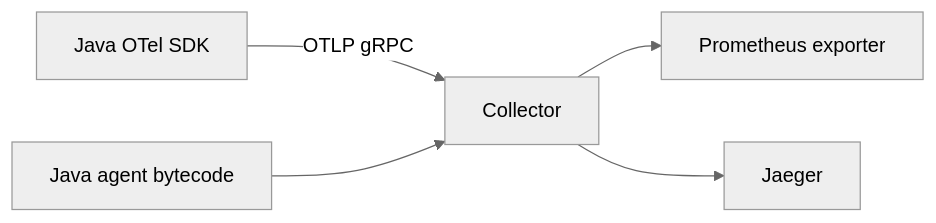
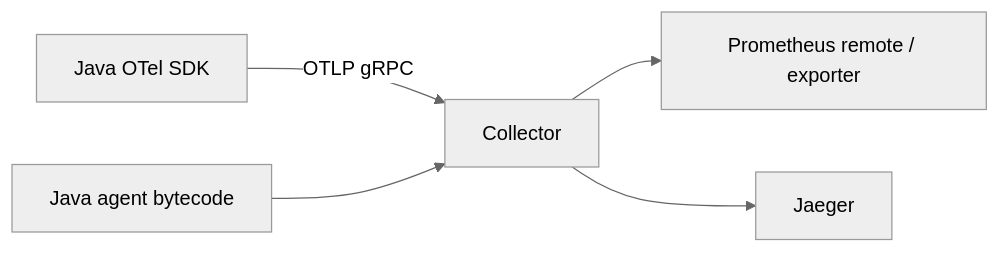
One commit to lostfromlight1/java-handbook changed the second of 3 diagrams in 47-observability-and-monitoring/02-opentelemetry-and-prometheus.md. Above: the diagram before and after it, drawn with Mermaid (neutral theme). The commit also changed other lines of this file and 3 other files, not shown here.

````diff
--- a/47-observability-and-monitoring/02-opentelemetry-and-prometheus.md
+++ b/47-observability-and-monitoring/02-opentelemetry-and-prometheus.md
@@ -163,7 +119,7 @@
 ```mermaid
 flowchart LR
   SDK[Java OTel SDK] -->|OTLP gRPC| COL[Collector]
-  COL --> EXP1[Prometheus exporter]
+  COL --> EXP1[Prometheus remote / exporter]
   COL --> EXP2[Jaeger]
   AGENT[Java agent bytecode] --> COL
 ```
````
